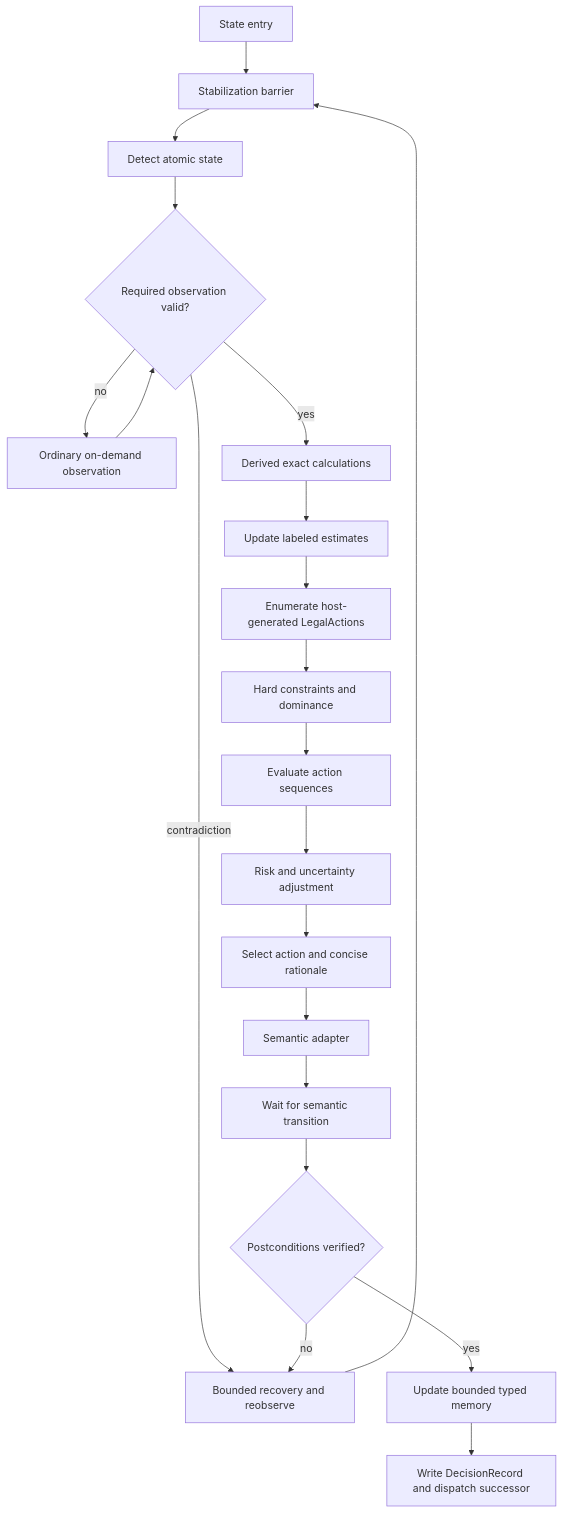
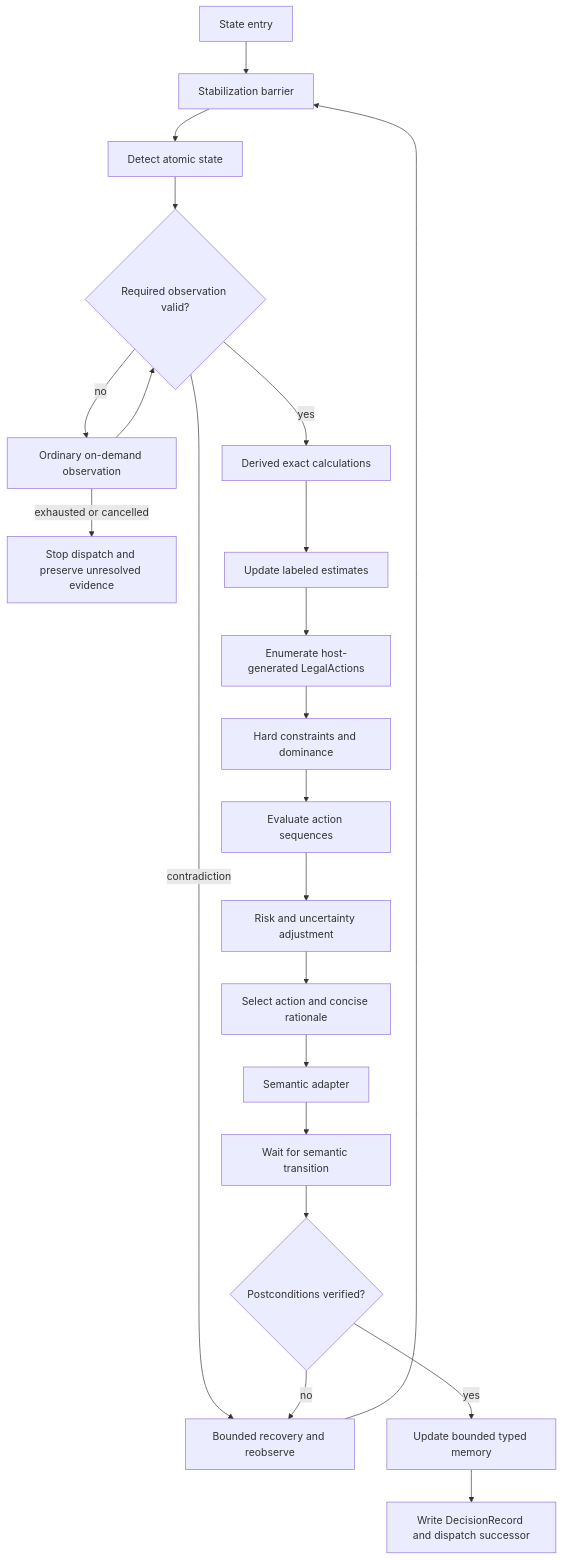
The first of 2 diagrams in docs/research/STS2_EXPERT_STATE_INFORMATION_ARCHITECTURE_2026-09-03.md (AI-Ascension/sts2-harness), drawn with Mermaid before and after one commit. The commit also changed other lines of this file, not shown here.

````diff
--- a/docs/research/STS2_EXPERT_STATE_INFORMATION_ARCHITECTURE_2026-09-03.md
+++ b/docs/research/STS2_EXPERT_STATE_INFORMATION_ARCHITECTURE_2026-09-03.md
@@ -336,23 +336,24 @@
 ```mermaid
 flowchart TD
   E[State entry] --> B[Stabilization barrier]
   B --> D[Detect atomic state]
   D --> V{Required observation valid?}
   V -- no --> O[Ordinary on-demand observation]
   O --> V
+  O -- exhausted or cancelled --> U[Stop dispatch and preserve unresolved evidence]
   V -- contradiction --> R[Bounded recovery and reobserve]
   R --> B
   V -- yes --> X[Derived exact calculations]
   X --> P[Update labeled estimates]
   P --> L[Enumerate host-generated LegalActions]
   L --> H[Hard constraints and dominance]
   H --> C[Evaluate action sequences]
   C --> Q[Risk and uncertainty adjustment]
   Q --> S[Select action and concise rationale]
   S --> A[Semantic adapter]
   A --> W[Wait for semantic transition]
   W --> K{Postconditions verified?}
   K -- no --> R
   K -- yes --> M[Update bounded typed memory]
   M --> G[Write DecisionRecord and dispatch successor]
 ```
````
